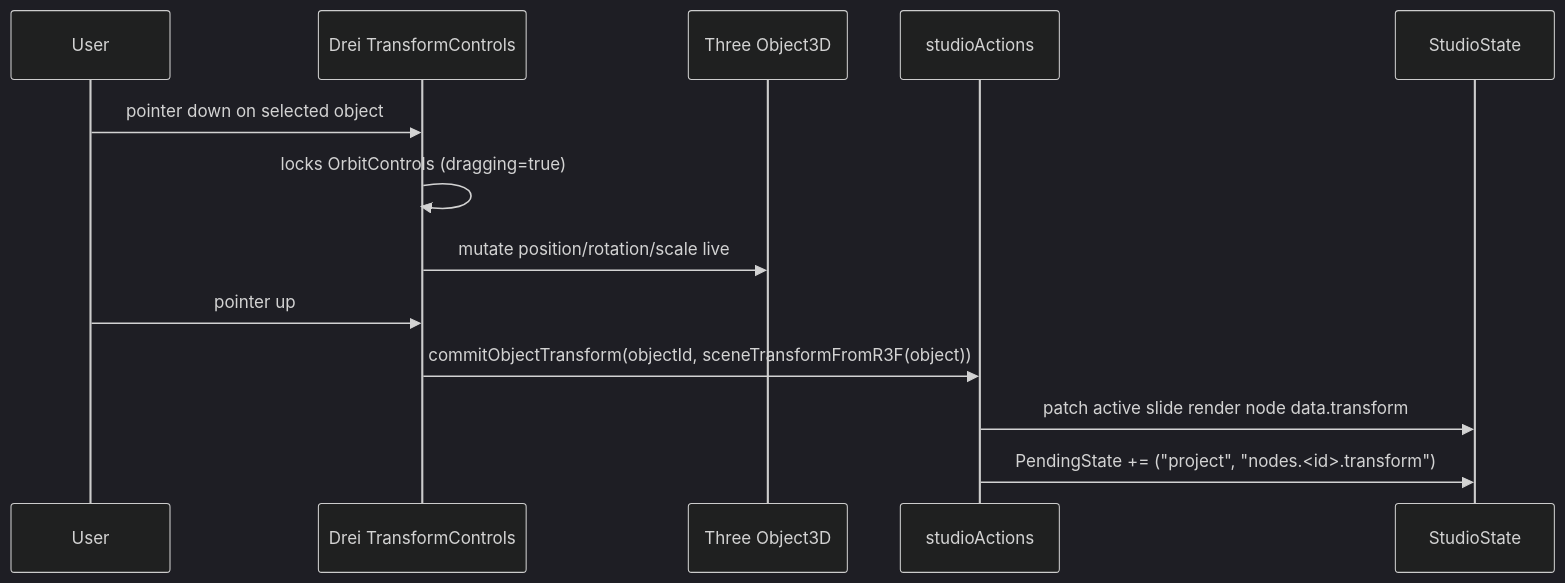
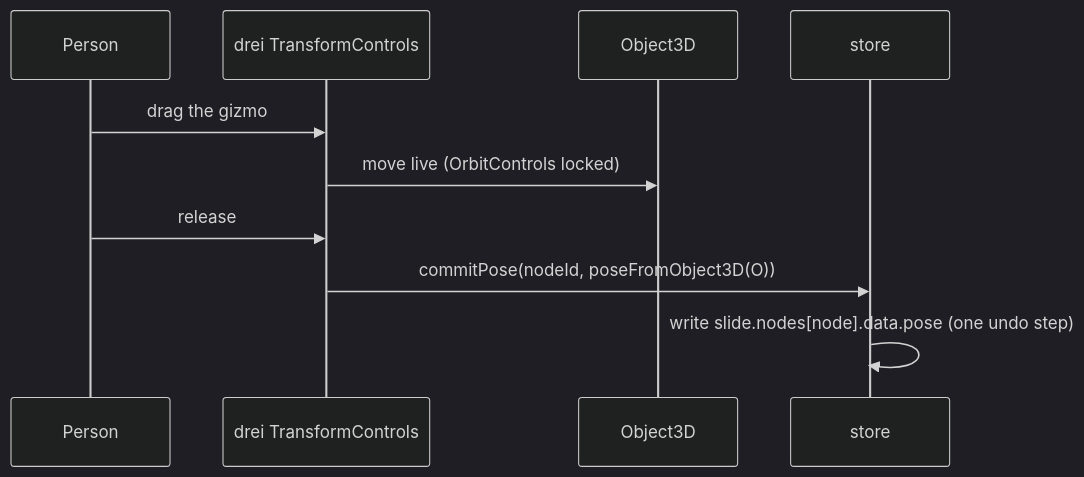
The second of 5 diagrams in docs/dataflow.md (AvikArefin/xds), drawn with Mermaid (dark theme) before and after one commit. The commit also changed other lines of this file and 8 other files, not shown here.

First line of the commit message:
docs: rework architecture for v2

````diff
--- a/docs/dataflow.md
+++ b/docs/dataflow.md
@@ -91,16 +82,12 @@
 ```mermaid
 sequenceDiagram
-  participant U as User
-  participant TC as Drei TransformControls
-  participant O as Three Object3D
-  participant S as studioActions
-  participant ST as StudioState
-
-  U->>TC: pointer down on selected object
-  TC->>TC: locks OrbitControls (dragging=true)
-  TC->>O: mutate position/rotation/scale live
-  U->>TC: pointer up
-  TC->>S: commitObjectTransform(objectId, sceneTransformFromR3F(object))
-  S->>ST: patch active slide render node data.transform
-  S->>ST: PendingState += ("project", "nodes.<id>.transform")
+  participant U as Person
+  participant TC as drei TransformControls
+  participant O as Object3D
+  participant S as store
+  U->>TC: drag the gizmo
+  TC->>O: move live (OrbitControls locked)
+  U->>TC: release
+  TC->>S: commitPose(nodeId, poseFromObject3D(O))
+  S->>S: write slide.nodes[node].data.pose (one undo step)
 ```
````
